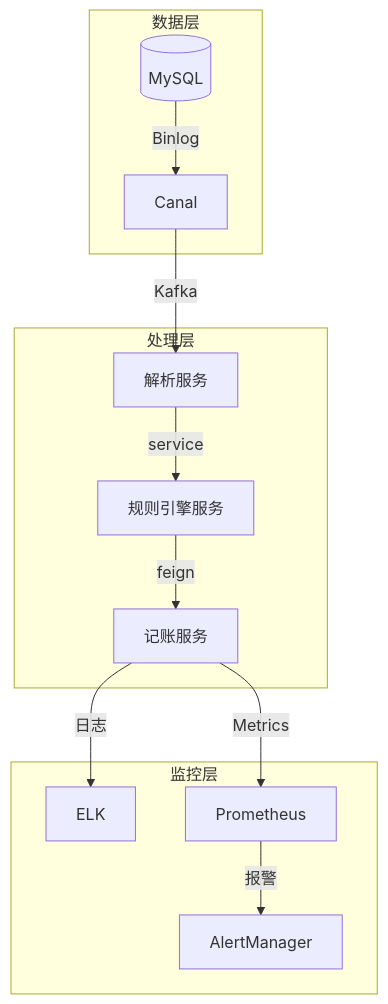
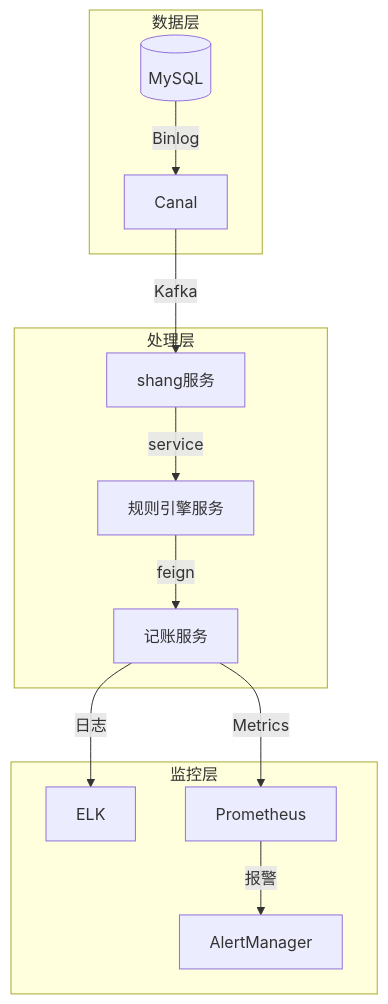
Before and after one commit to 87828943/iodraw-files: the diagram in all/未命名-1.md, drawn with Mermaid.

Commit message:
2025-07-01 19:51:37 update

````diff
--- a/all/未命名-1.md
+++ b/all/未命名-1.md
@@ -1,16 +1,16 @@
 ```mermaid
 graph TB
     subgraph 数据层
         DB[(MySQL)] -->|Binlog| Canal
     end
     subgraph 处理层
-        Canal -->|Kafka| Parser[解析服务]
+        Canal -->|Kafka| Parser[shang服务]
         Parser -->|service| Engine[规则引擎服务]
         Engine -->|feign| Accounting[记账服务]
     end
     subgraph 监控层
         Accounting -->|日志| ELK
         Accounting -->|Metrics| Prometheus
         Prometheus -->|报警| AlertManager
     end
 ```
````
